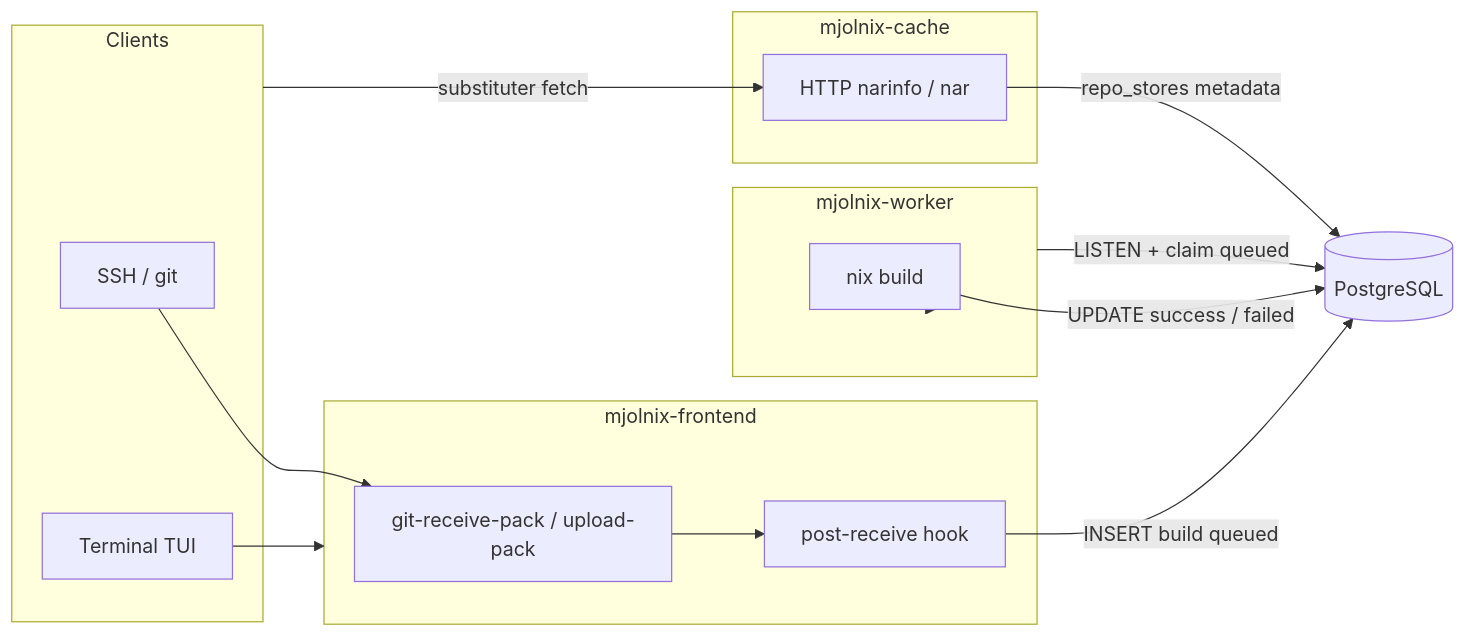
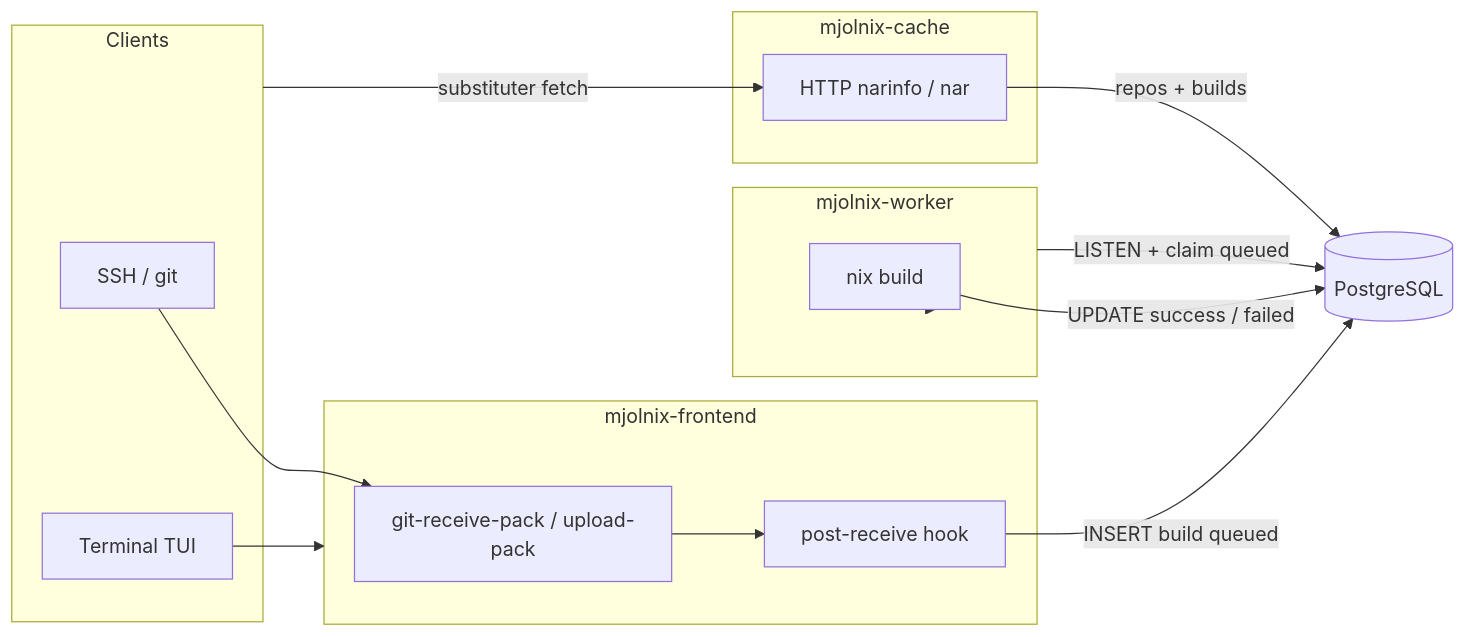
Before and after one commit to Dirli-V/mjolnix: the diagram in README.md, drawn with Mermaid. The commit also changed other lines of this file and 8 other files, not shown here.

Commit message:
chore: drop repo stores

````diff
--- a/README.md
+++ b/README.md
@@ -116,27 +116,27 @@
 ```mermaid
 flowchart LR
   subgraph clients [Clients]
     SSH[SSH / git]
     TUI[Terminal TUI]
   end
   subgraph frontend [mjolnix-frontend]
     Git[git-receive-pack / upload-pack]
     Hook[post-receive hook]
   end
   DB[(PostgreSQL)]
   subgraph worker [mjolnix-worker]
     Build[nix build]
   end
   subgraph cache [mjolnix-cache]
     HTTP[HTTP narinfo / nar]
   end
   SSH --> Git
   TUI --> frontend
   Git --> Hook
   Hook -->|INSERT build queued| DB
   worker -->|LISTEN + claim queued| DB
   worker --> Build
   Build -->|UPDATE success / failed| DB
-  HTTP -->|repo_stores metadata| DB
+  HTTP -->|repos + builds| DB
   clients -->|substituter fetch| HTTP
 ```
````
